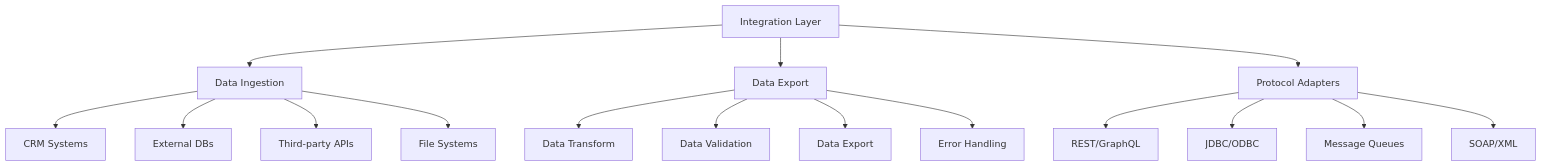
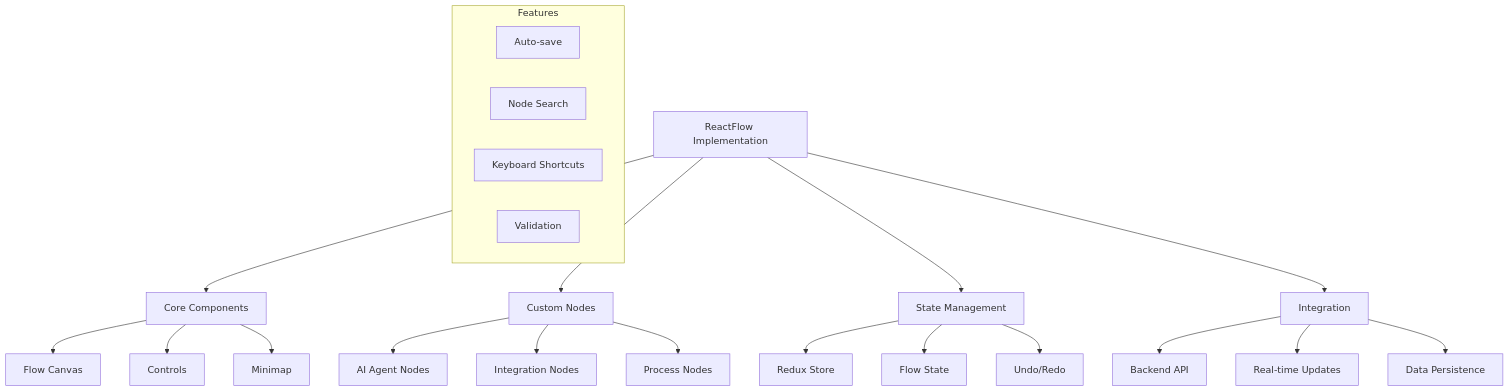
One commit to jihadajUAEU/bluemeshv2 changed the diagram in IMPLEMENTATION.md. Above: the diagram before and after it, drawn with Mermaid. The commit also changed other lines of this file and 1 other file, not shown here.

````diff
--- a/IMPLEMENTATION.md
+++ b/IMPLEMENTATION.md
@@ -158,21 +7,30 @@
 ```mermaid
 graph TD
-    A[Integration Layer] --> B[Data Ingestion]
-    A --> C[Data Export]
-    A --> D[Protocol Adapters]
+    A[ReactFlow Implementation] --> B[Core Components]
+    A --> C[Custom Nodes]
+    A --> D[State Management]
+    A --> E[Integration]
 
-    B --> E[CRM Systems]
-    B --> F[External DBs]
-    B --> G[Third-party APIs]
-    B --> H[File Systems]
+    B --> F[Flow Canvas]
+    B --> G[Controls]
+    B --> H[Minimap]
+    
+    C --> I[AI Agent Nodes]
+    C --> J[Integration Nodes]
+    C --> K[Process Nodes]
+    
+    D --> L[Redux Store]
+    D --> M[Flow State]
+    D --> N[Undo/Redo]
+    
+    E --> O[Backend API]
+    E --> P[Real-time Updates]
+    E --> Q[Data Persistence]
 
-    C --> I[Data Transform]
-    C --> J[Data Validation]
-    C --> K[Data Export]
-    C --> L[Error Handling]
-
-    D --> M[REST/GraphQL]
-    D --> N[JDBC/ODBC]
-    D --> O[Message Queues]
-    D --> P[SOAP/XML]
+    subgraph Features
+        R[Auto-save]
+        S[Node Search]
+        T[Keyboard Shortcuts]
+        U[Validation]
+    end
 ```
````
